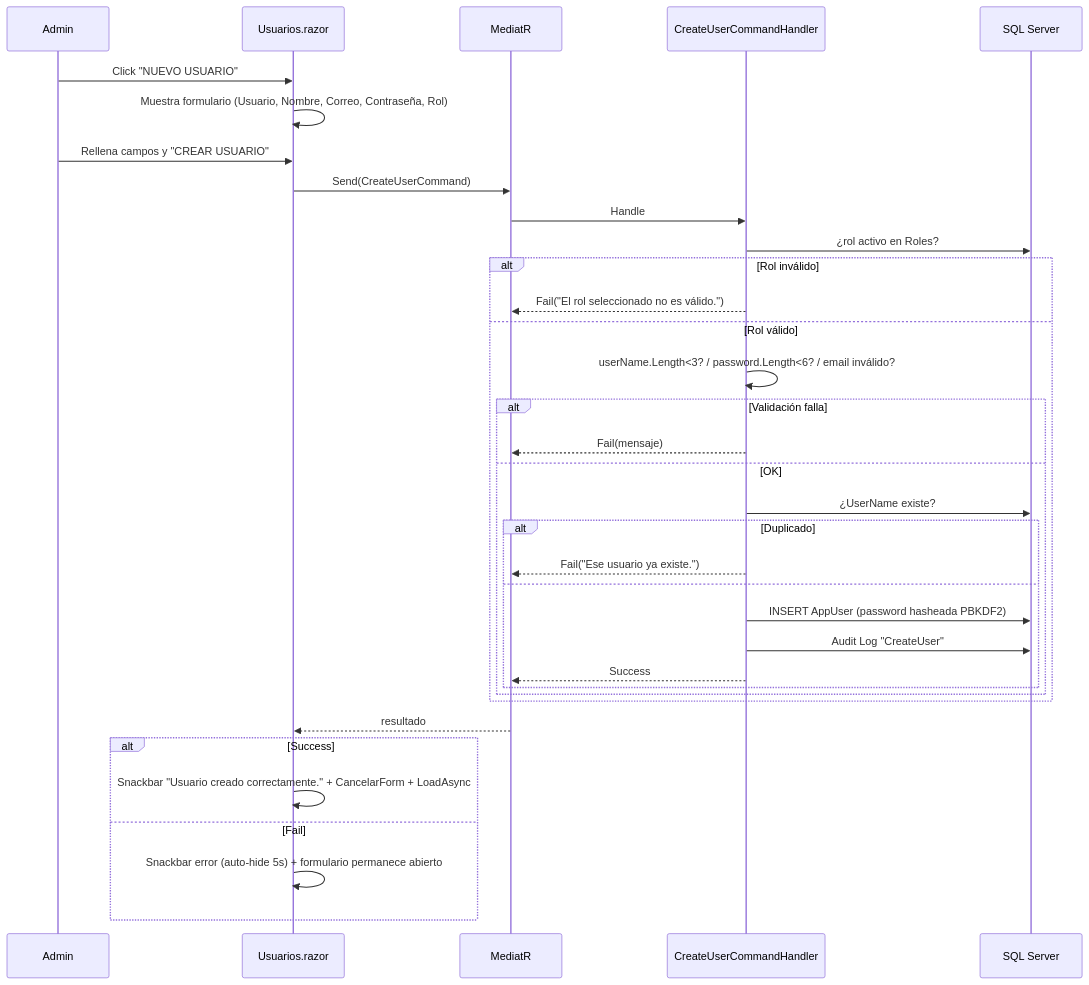
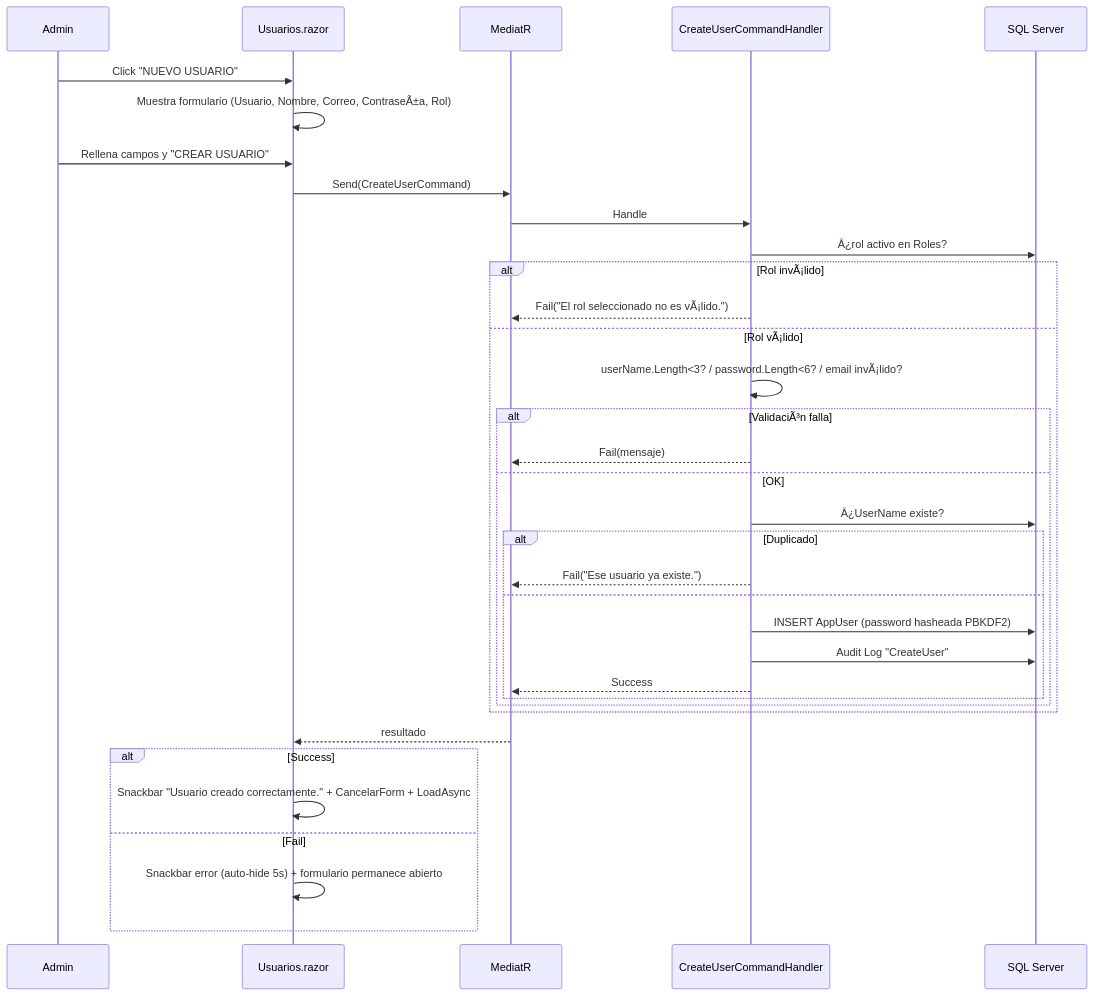
Before and after one commit to adrian-silva-uy/guarino: the fourth of 11 diagrams in docs/diagramas.md, drawn with Mermaid. The commit also changed other lines of this file, not shown here.

Commit message:
Fix: corrige diagrama 'Flujo de consultas de datos' (semicolon en mensaje sequenceDiagram rompia el parser Mermaid)

````diff
--- a/docs/diagramas.md
+++ b/docs/diagramas.md
@@ -118,38 +119,38 @@
 ```mermaid
 sequenceDiagram
     participant A as Admin
     participant P as Usuarios.razor
     participant M as MediatR
     participant H as CreateUserCommandHandler
     participant DB as SQL Server
 
     A->>P: Click "NUEVO USUARIO"
-    P->>P: Muestra formulario (Usuario, Nombre, Correo, Contraseña, Rol)
+    P->>P: Muestra formulario (Usuario, Nombre, Correo, ContraseÃ±a, Rol)
     A->>P: Rellena campos y "CREAR USUARIO"
     P->>M: Send(CreateUserCommand)
     M->>H: Handle
-    H->>DB: ¿rol activo en Roles?
-    alt Rol inválido
-        H-->>M: Fail("El rol seleccionado no es válido.")
-    else Rol válido
-        H->>H: userName.Length<3? / password.Length<6? / email inválido?
-        alt Validación falla
+    H->>DB: Â¿rol activo en Roles?
+    alt Rol invÃ¡lido
+        H-->>M: Fail("El rol seleccionado no es vÃ¡lido.")
+    else Rol vÃ¡lido
+        H->>H: userName.Length<3? / password.Length<6? / email invÃ¡lido?
+        alt ValidaciÃ³n falla
             H-->>M: Fail(mensaje)
         else OK
-            H->>DB: ¿UserName existe?
+            H->>DB: Â¿UserName existe?
             alt Duplicado
                 H-->>M: Fail("Ese usuario ya existe.")
             else
                 H->>DB: INSERT AppUser (password hasheada PBKDF2)
                 H->>DB: Audit Log "CreateUser"
                 H-->>M: Success
             end
         end
     end
     M-->>P: resultado
     alt Success
         P->>P: Snackbar "Usuario creado correctamente." + CancelarForm + LoadAsync
     else Fail
         P->>P: Snackbar error (auto-hide 5s) + formulario permanece abierto
     end
 ```
````
